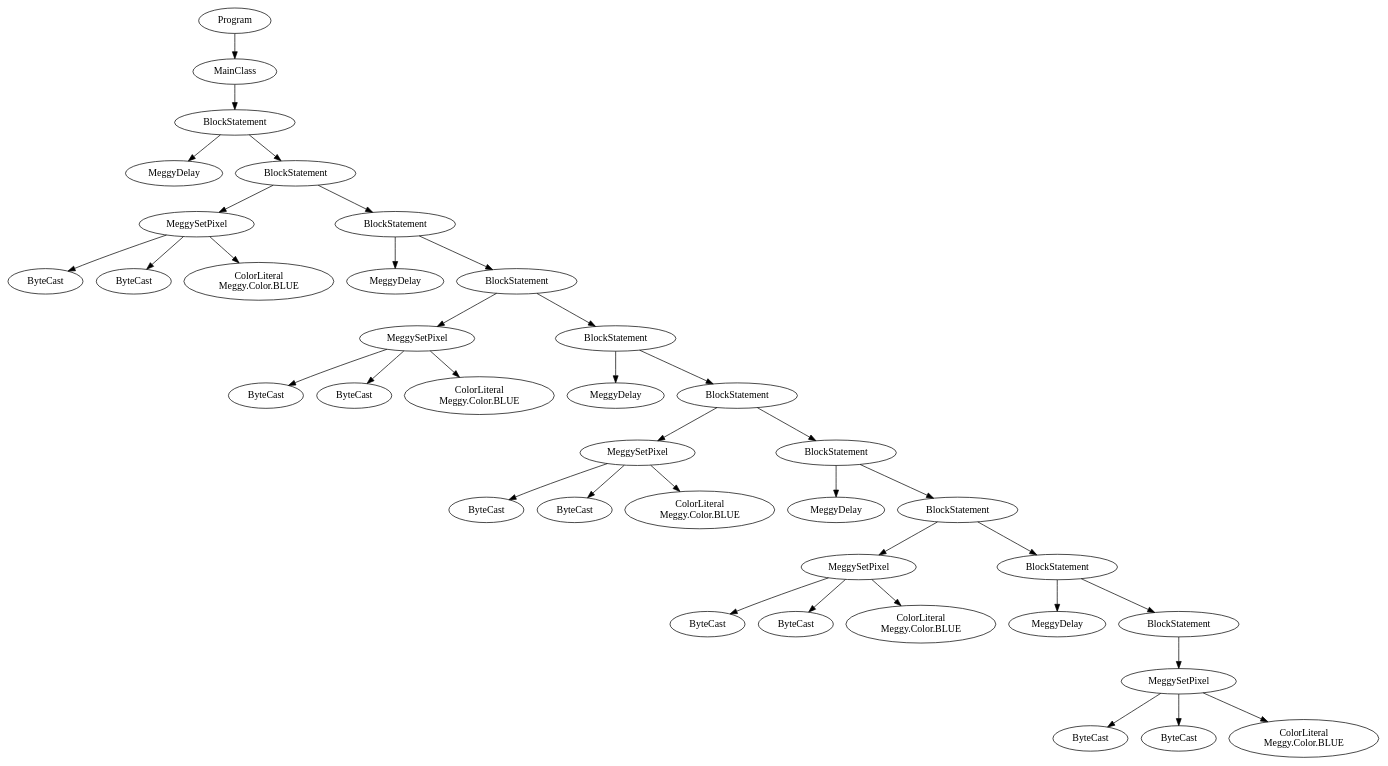
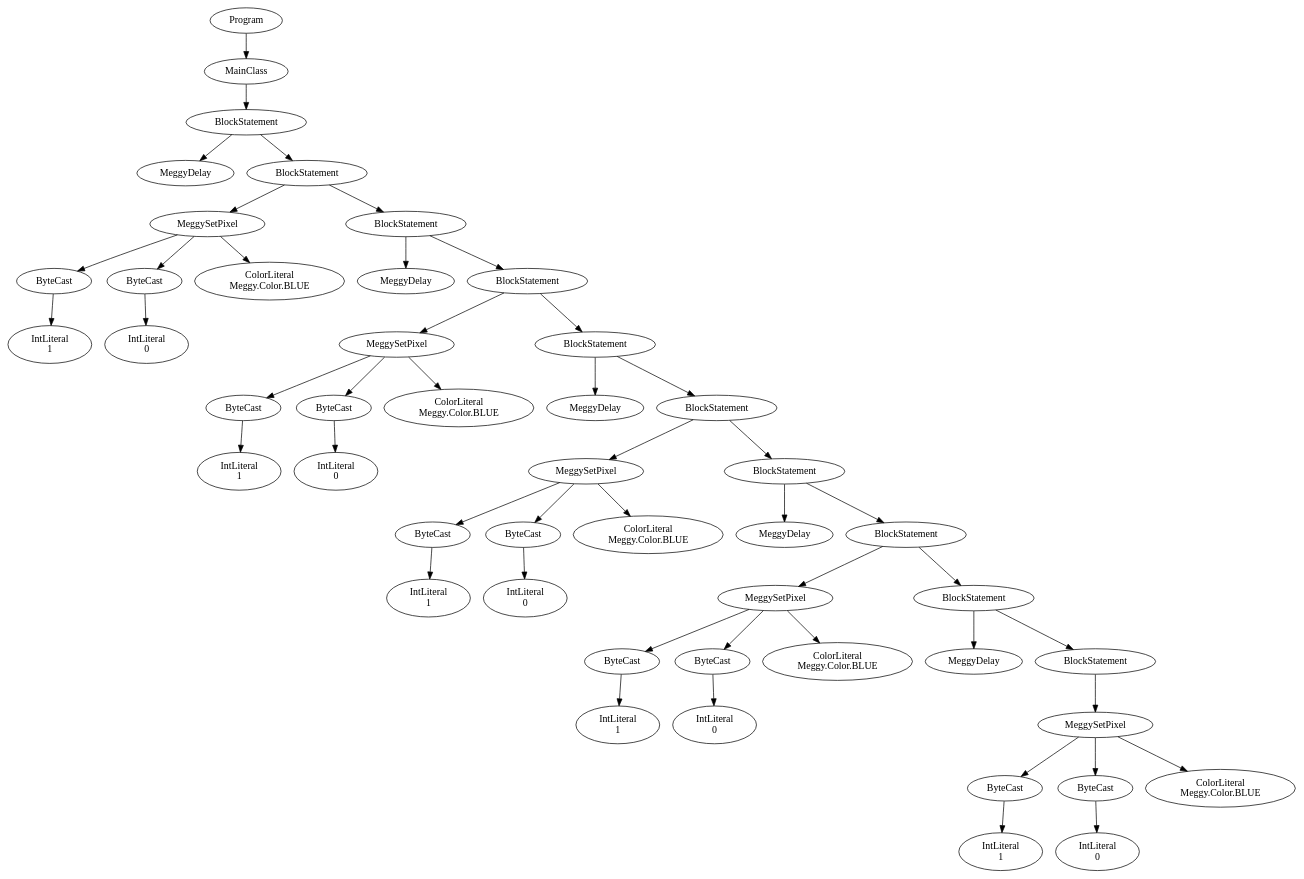
One commit to karmaUdel/Meggy-Java-Compiler changed the diagram in Test1.java.ast.dot. Above: the diagram before and after it, drawn with Graphviz. The commit also changed 11 other files, not shown here.

```diff
--- a/Test1.java.ast.dot
+++ b/Test1.java.ast.dot
@@ -1,75 +1,95 @@
 digraph ASTGraph {
 0 [ label="Program" ];
 1 [ label="MainClass" ];
 0 -> 1
 2 [ label="BlockStatement" ];
 1 -> 2
 3 [ label="MeggyDelay" ];
 2 -> 3
 4 [ label="BlockStatement" ];
 2 -> 4
 5 [ label="MeggySetPixel" ];
 4 -> 5
 6 [ label="ByteCast" ];
 5 -> 6
-7 [ label="ByteCast" ];
-5 -> 7
-8 [ label="ColorLiteral\nMeggy.Color.BLUE" ];
+7 [ label="IntLiteral\n1" ];
+6 -> 7
+8 [ label="ByteCast" ];
 5 -> 8
-9 [ label="BlockStatement" ];
-4 -> 9
-10 [ label="MeggyDelay" ];
-9 -> 10
+9 [ label="IntLiteral\n0" ];
+8 -> 9
+10 [ label="ColorLiteral\nMeggy.Color.BLUE" ];
+5 -> 10
 11 [ label="BlockStatement" ];
-9 -> 11
-12 [ label="MeggySetPixel" ];
+4 -> 11
+12 [ label="MeggyDelay" ];
 11 -> 12
-13 [ label="ByteCast" ];
-12 -> 13
-14 [ label="ByteCast" ];
-12 -> 14
-15 [ label="ColorLiteral\nMeggy.Color.BLUE" ];
-12 -> 15
-16 [ label="BlockStatement" ];
-11 -> 16
-17 [ label="MeggyDelay" ];
-16 -> 17
-18 [ label="BlockStatement" ];
-16 -> 18
-19 [ label="MeggySetPixel" ];
-18 -> 19
-20 [ label="ByteCast" ];
-19 -> 20
-21 [ label="ByteCast" ];
-19 -> 21
-22 [ label="ColorLiteral\nMeggy.Color.BLUE" ];
-19 -> 22
-23 [ label="BlockStatement" ];
-18 -> 23
-24 [ label="MeggyDelay" ];
+13 [ label="BlockStatement" ];
+11 -> 13
+14 [ label="MeggySetPixel" ];
+13 -> 14
+15 [ label="ByteCast" ];
+14 -> 15
+16 [ label="IntLiteral\n1" ];
+15 -> 16
+17 [ label="ByteCast" ];
+14 -> 17
+18 [ label="IntLiteral\n0" ];
+17 -> 18
+19 [ label="ColorLiteral\nMeggy.Color.BLUE" ];
+14 -> 19
+20 [ label="BlockStatement" ];
+13 -> 20
+21 [ label="MeggyDelay" ];
+20 -> 21
+22 [ label="BlockStatement" ];
+20 -> 22
+23 [ label="MeggySetPixel" ];
+22 -> 23
+24 [ label="ByteCast" ];
 23 -> 24
-25 [ label="BlockStatement" ];
-23 -> 25
-26 [ label="MeggySetPixel" ];
-25 -> 26
-27 [ label="ByteCast" ];
+25 [ label="IntLiteral\n1" ];
+24 -> 25
+26 [ label="ByteCast" ];
+23 -> 26
+27 [ label="IntLiteral\n0" ];
 26 -> 27
-28 [ label="ByteCast" ];
-26 -> 28
-29 [ label="ColorLiteral\nMeggy.Color.BLUE" ];
-26 -> 29
-30 [ label="BlockStatement" ];
-25 -> 30
-31 [ label="MeggyDelay" ];
-30 -> 31
-32 [ label="BlockStatement" ];
-30 -> 32
-33 [ label="MeggySetPixel" ];
+28 [ label="ColorLiteral\nMeggy.Color.BLUE" ];
+23 -> 28
+29 [ label="BlockStatement" ];
+22 -> 29
+30 [ label="MeggyDelay" ];
+29 -> 30
+31 [ label="BlockStatement" ];
+29 -> 31
+32 [ label="MeggySetPixel" ];
+31 -> 32
+33 [ label="ByteCast" ];
 32 -> 33
-34 [ label="ByteCast" ];
+34 [ label="IntLiteral\n1" ];
 33 -> 34
 35 [ label="ByteCast" ];
-33 -> 35
-36 [ label="ColorLiteral\nMeggy.Color.BLUE" ];
-33 -> 36
+32 -> 35
+36 [ label="IntLiteral\n0" ];
+35 -> 36
+37 [ label="ColorLiteral\nMeggy.Color.BLUE" ];
+32 -> 37
+38 [ label="BlockStatement" ];
+31 -> 38
+39 [ label="MeggyDelay" ];
+38 -> 39
+40 [ label="BlockStatement" ];
+38 -> 40
+41 [ label="MeggySetPixel" ];
+40 -> 41
+42 [ label="ByteCast" ];
+41 -> 42
+43 [ label="IntLiteral\n1" ];
+42 -> 43
+44 [ label="ByteCast" ];
+41 -> 44
+45 [ label="IntLiteral\n0" ];
+44 -> 45
+46 [ label="ColorLiteral\nMeggy.Color.BLUE" ];
+41 -> 46
 }
```
